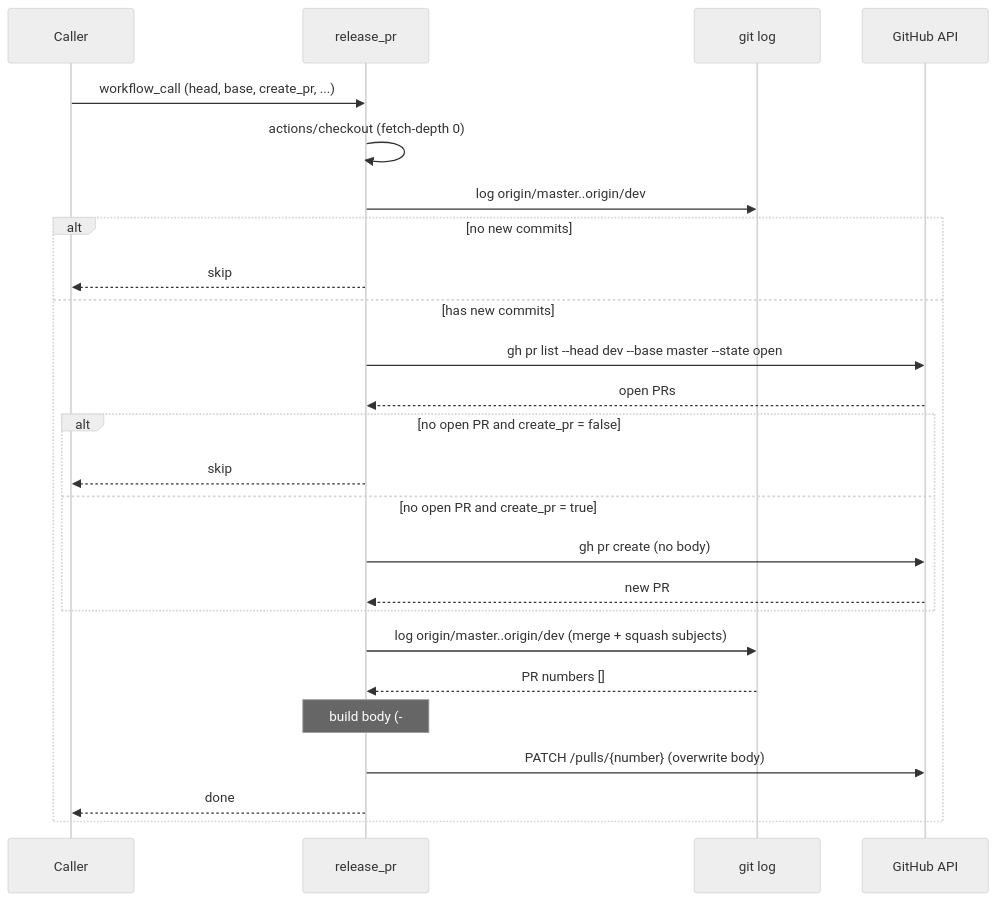
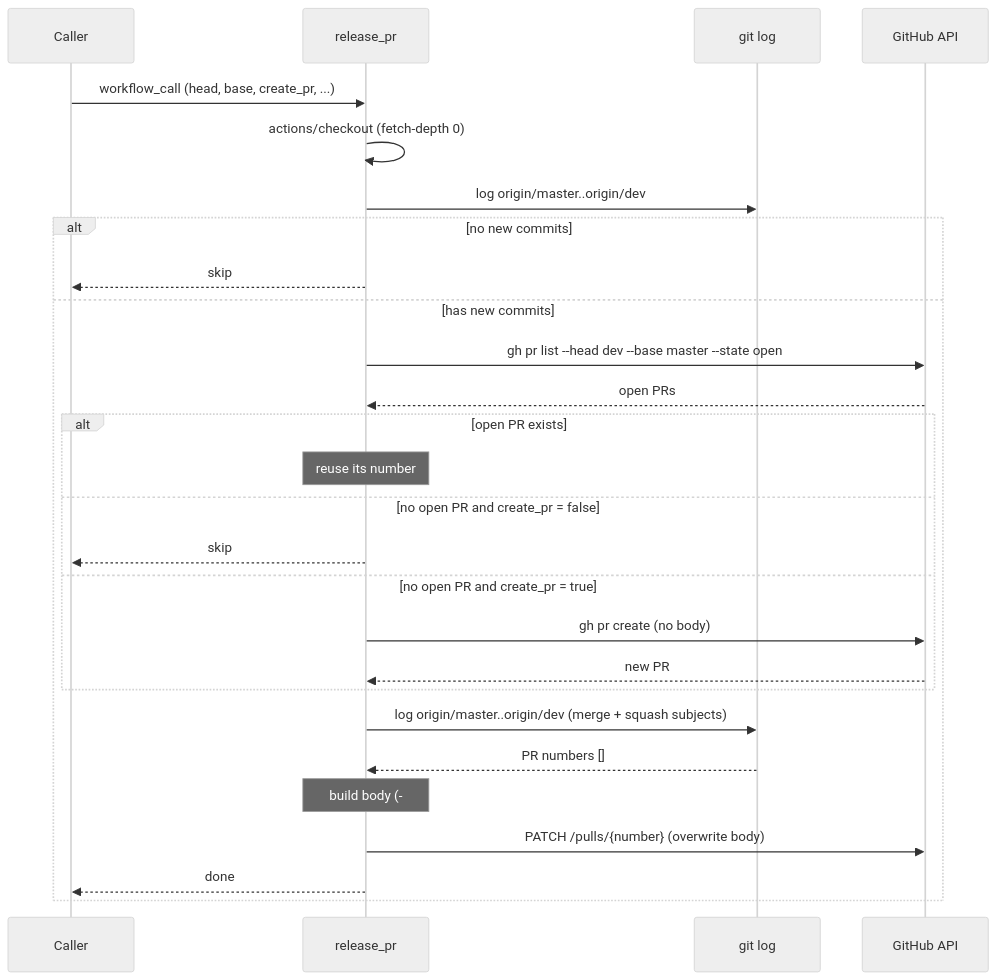
The second of 2 diagrams in docs/plans/2026-10-12-auto-create-release-pr.md (CoolBitX-Technology/cp-workflow-template), drawn with Mermaid (neutral theme) before and after one commit. The commit also changed other lines of this file and 2 other files, not shown here.

````diff
--- a/docs/plans/2026-10-12-auto-create-release-pr.md
+++ b/docs/plans/2026-10-12-auto-create-release-pr.md
@@ -136,31 +136,33 @@
 ```mermaid
 sequenceDiagram
     participant Caller
     participant RW as release_pr
     participant Git as git log
     participant GH as GitHub API
 
     Caller->>RW: workflow_call (head, base, create_pr, ...)
     RW->>RW: actions/checkout (fetch-depth 0)
 
     RW->>Git: log origin/master..origin/dev
     alt no new commits
         RW-->>Caller: skip
     else has new commits
         RW->>GH: gh pr list --head dev --base master --state open
         GH-->>RW: open PRs
 
-        alt no open PR and create_pr = false
+        alt open PR exists
+            Note over RW: reuse its number
+        else no open PR and create_pr = false
             RW-->>Caller: skip
         else no open PR and create_pr = true
             RW->>GH: gh pr create (no body)
             GH-->>RW: new PR
         end
 
         RW->>Git: log origin/master..origin/dev (merge + squash subjects)
         Git-->>RW: PR numbers []
         Note over RW: build body (- #N per PR)
         RW->>GH: PATCH /pulls/{number} (overwrite body)
         RW-->>Caller: done
     end
 ```
````
